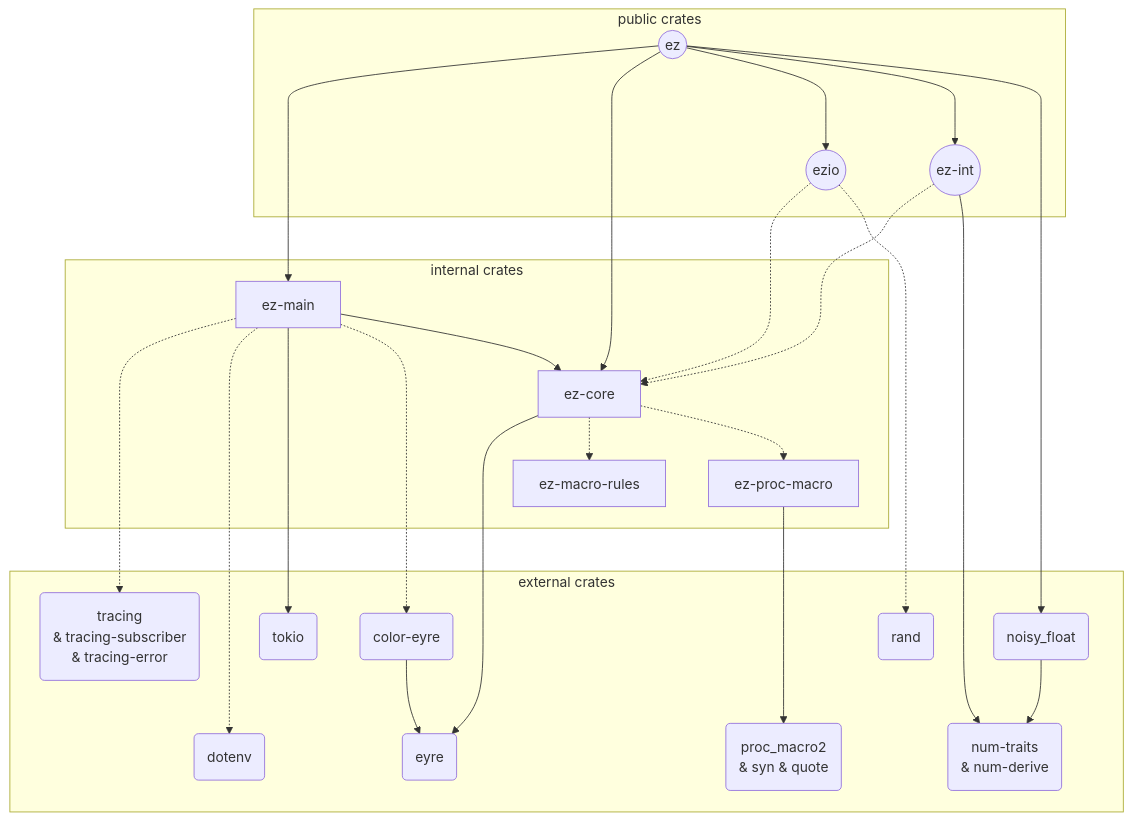
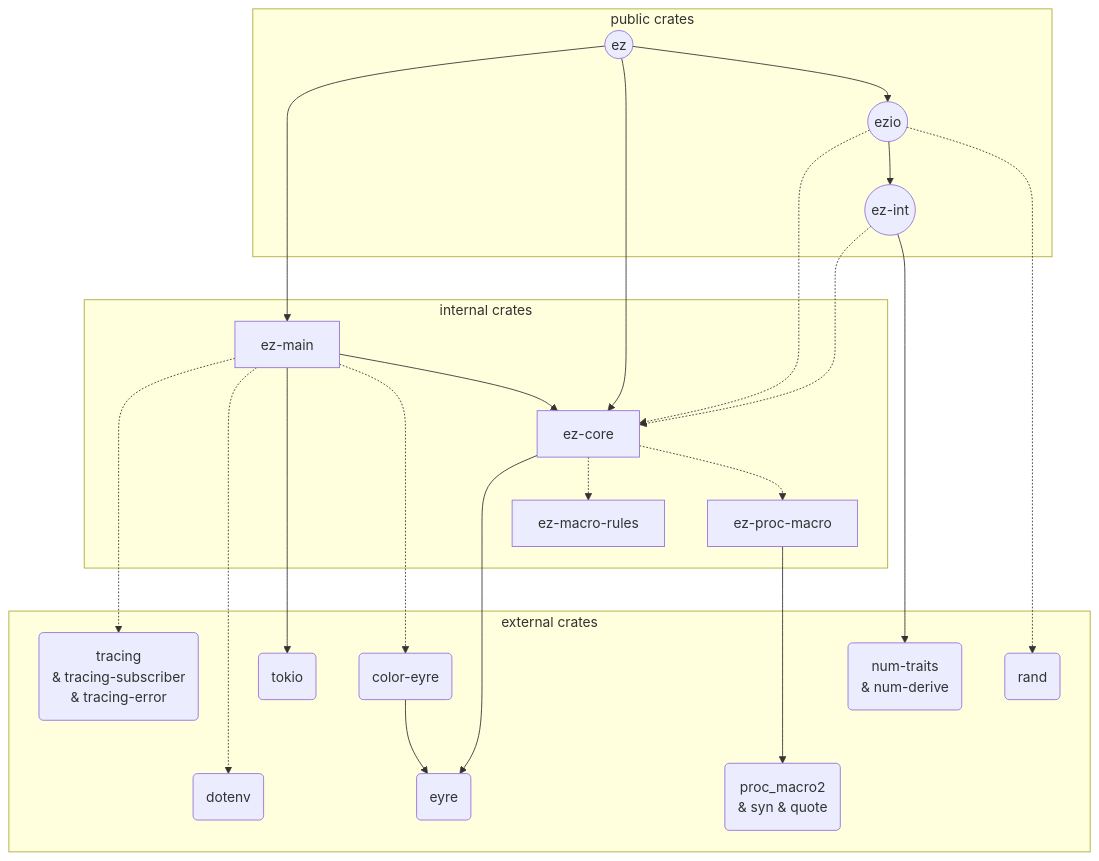
The diagram in CONTRIBUTING.md (jeremyBanks/ez), drawn with Mermaid before and after one commit. The commit also changed 13 other files, not shown here.

````diff
--- a/CONTRIBUTING.md
+++ b/CONTRIBUTING.md
@@ -5,52 +5,49 @@
 ```mermaid
 graph TD;
   subgraph public crates
     ez((ez))
     ez-int((ez-int))
     ezio((ezio))
   end
 
   subgraph internal crates
     ez-main
     ez-core
     ez-macro-rules
     ez-proc-macro
   end
 
   subgraph external crates
     rand(rand)
     eyre(eyre)
     color-eyre(color-eyre)
-    noisy_float(noisy_float)
     num-traits("num-traits<br>&amp; num-derive")
     proc_macro2("proc_macro2<br>&amp; syn &amp; quote")
     tokio(tokio)
     tracing("tracing<br>&amp; tracing-subscriber<br>&amp; tracing-error")
     dotenv(dotenv)
   end
 
   ez ----> ez-main
   ez ----> ez-core
-  ez ---> ezio
-  ez ---> ez-int
-  ez ------> noisy_float
+  ez --> ezio
 
   ez-int -..-> ez-core
   ez-int ----> num-traits
 
   ez-main -...-> tracing
   ez-main -....-> dotenv
   ez-main ---> tokio
   ez-main -..-> color-eyre
   ez-main --> ez-core
 
   ez-core --> eyre
   ez-core -.-> ez-macro-rules
   ez-core -.-> ez-proc-macro
 
   color-eyre --> eyre
   ez-proc-macro ---> proc_macro2
   ezio -..-> ez-core
-  noisy_float --> num-traits
+  ezio --> ez-int
   ezio -..-> rand
 ```
````
